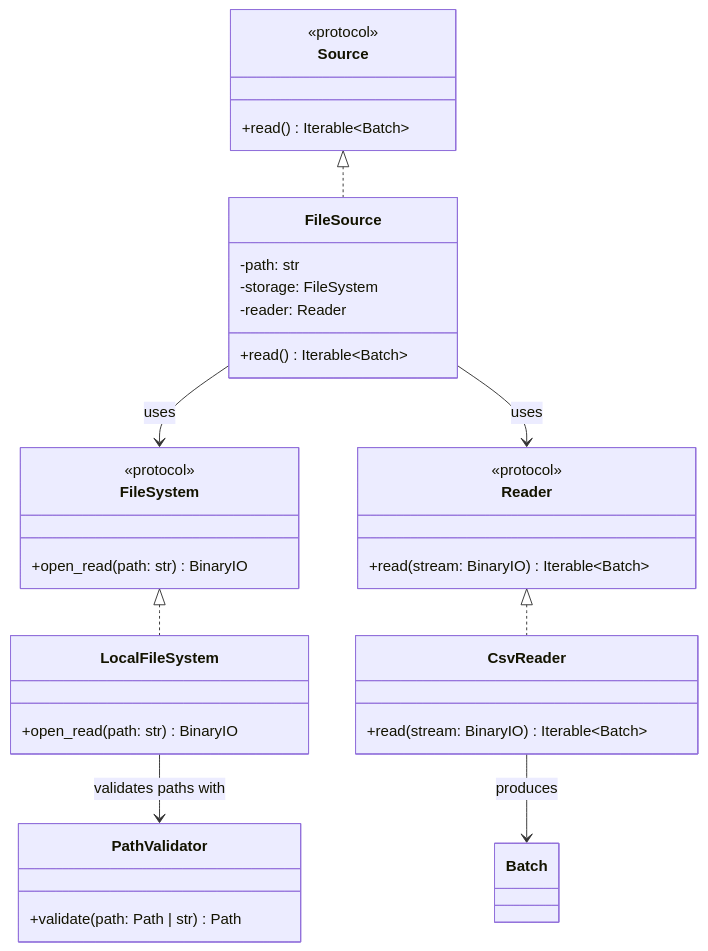
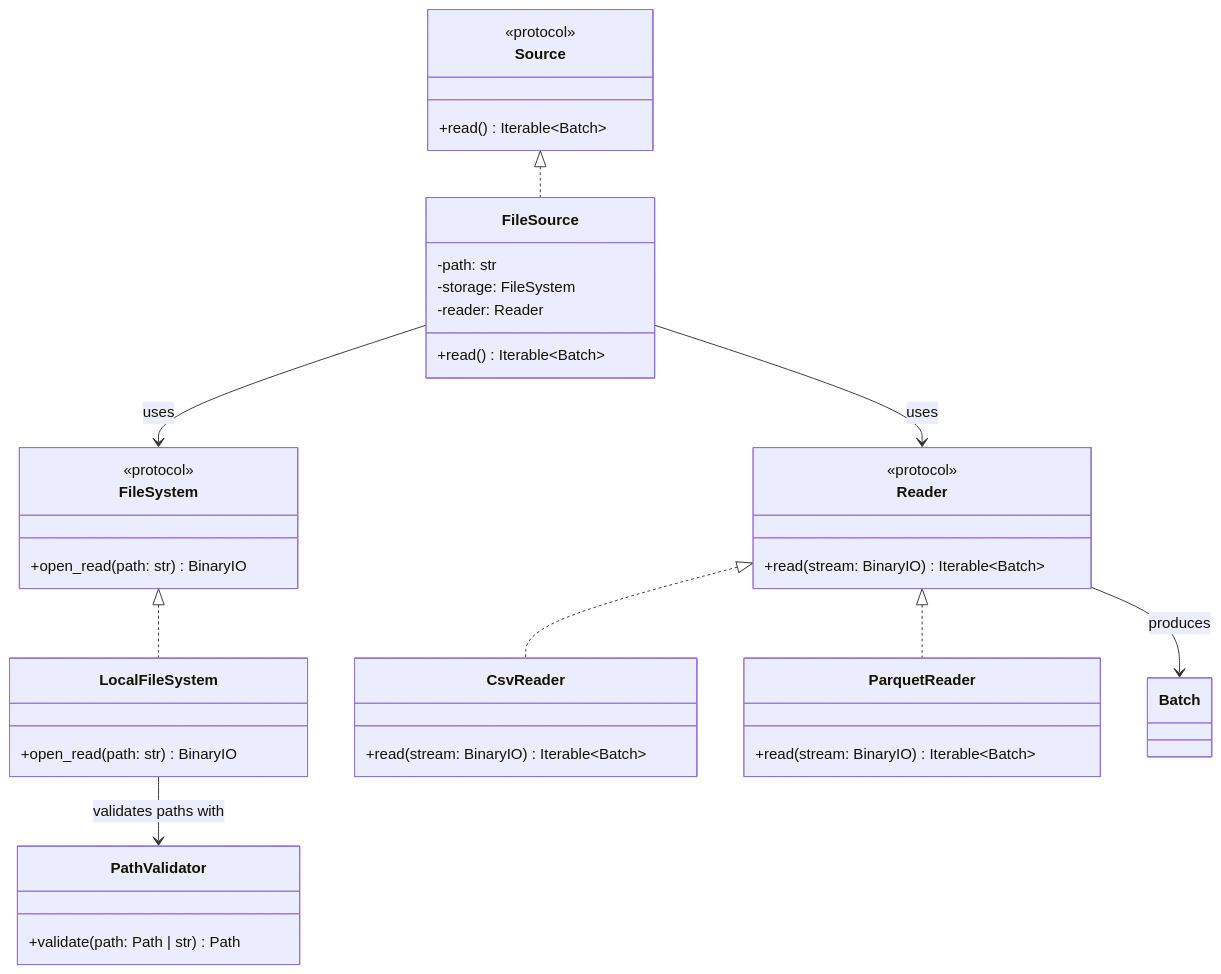
Before and after one commit to apaquette/ETLRelay: the diagram in docs/architecture/file_source.md, drawn with Mermaid. The commit also changed other lines of this file and 38 other files, not shown here.

````diff
--- a/docs/architecture/file_source.md
+++ b/docs/architecture/file_source.md
@@ -16,48 +16,53 @@
 ```mermaid
 classDiagram
     class Source {
         <<protocol>>
         +read() Iterable~Batch~
     }
 
     class FileSource {
         -path: str
         -storage: FileSystem
         -reader: Reader
         +read() Iterable~Batch~
     }
 
     class FileSystem {
         <<protocol>>
         +open_read(path: str) BinaryIO
     }
 
     class Reader {
         <<protocol>>
         +read(stream: BinaryIO) Iterable~Batch~
     }
 
     class LocalFileSystem {
         +open_read(path: str) BinaryIO
     }
 
     class CsvReader {
         +read(stream: BinaryIO) Iterable~Batch~
     }
 
+    class ParquetReader {
+        +read(stream: BinaryIO) Iterable~Batch~
+    }
+
     class PathValidator {
         +validate(path: Path | str) Path
     }
 
     class Batch
 
     Source <|.. FileSource
     FileSystem <|.. LocalFileSystem
     Reader <|.. CsvReader
+    Reader <|.. ParquetReader
 
     FileSource --> FileSystem : uses
     FileSource --> Reader : uses
 
     LocalFileSystem --> PathValidator : validates paths with
-    CsvReader --> Batch : produces
+    Reader --> Batch : produces
 ```
````
